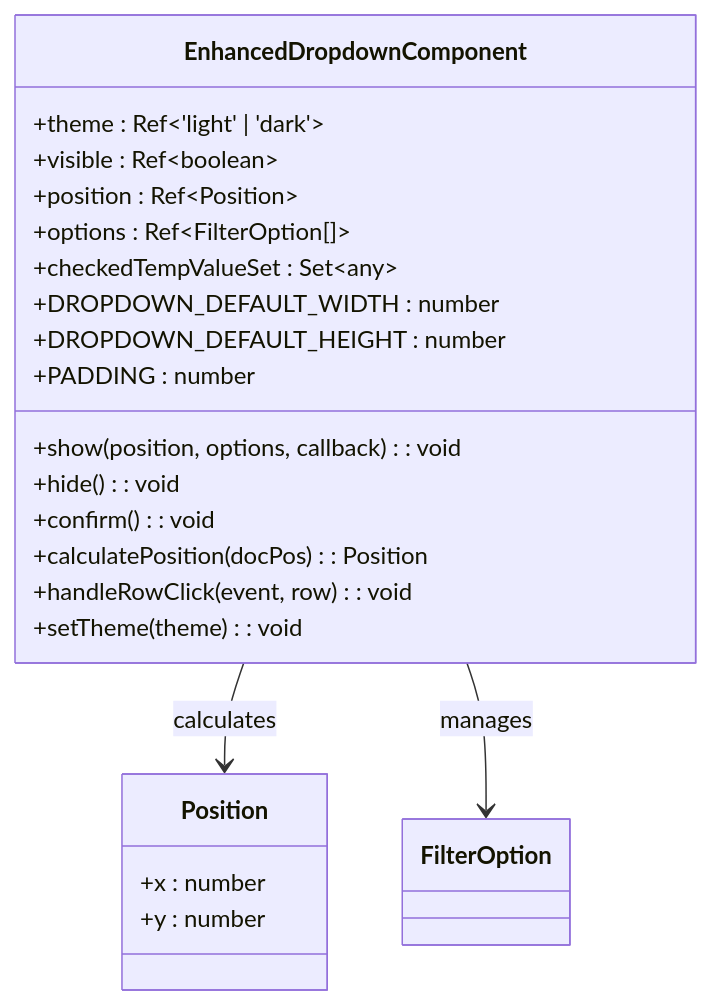
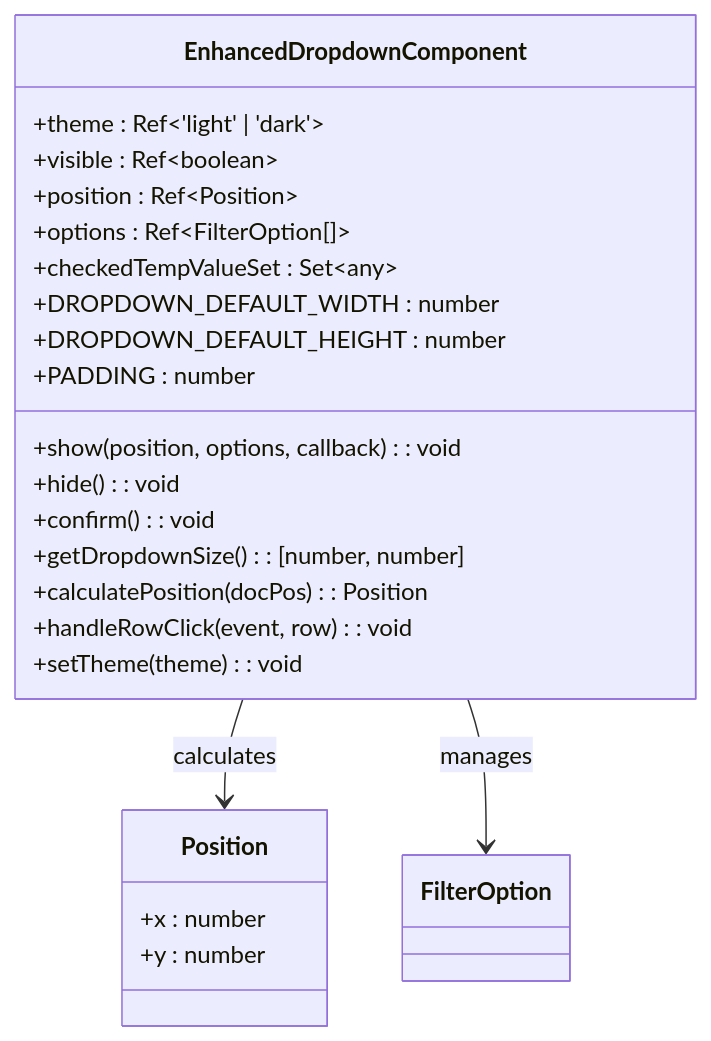
One commit to ja-plus/stk-table-vue changed the fourth of 9 diagrams in .qoder/repowiki/en/content/Basic Features/Filter System.md. Above: the diagram before and after it, drawn with Mermaid. The commit also changed other lines of this file and 2 other files, not shown here.

````diff
--- a/.qoder/repowiki/en/content/Basic Features/Filter System.md
+++ b/.qoder/repowiki/en/content/Basic Features/Filter System.md
@@ -161,25 +162,26 @@
 ```mermaid
 classDiagram
 class EnhancedDropdownComponent {
 +theme : Ref~'light' | 'dark'~
 +visible : Ref~boolean~
 +position : Ref~Position~
 +options : Ref~FilterOption[]~
 +checkedTempValueSet : Set~any~
 +DROPDOWN_DEFAULT_WIDTH : number
 +DROPDOWN_DEFAULT_HEIGHT : number
 +PADDING : number
 +show(position, options, callback) : void
 +hide() : void
 +confirm() : void
++getDropdownSize() : [number, number]
 +calculatePosition(docPos) : Position
 +handleRowClick(event, row) : void
 +setTheme(theme) : void
 }
 class Position {
 +x : number
 +y : number
 }
 EnhancedDropdownComponent --> Position : calculates
 EnhancedDropdownComponent --> FilterOption : manages
 ```
````
